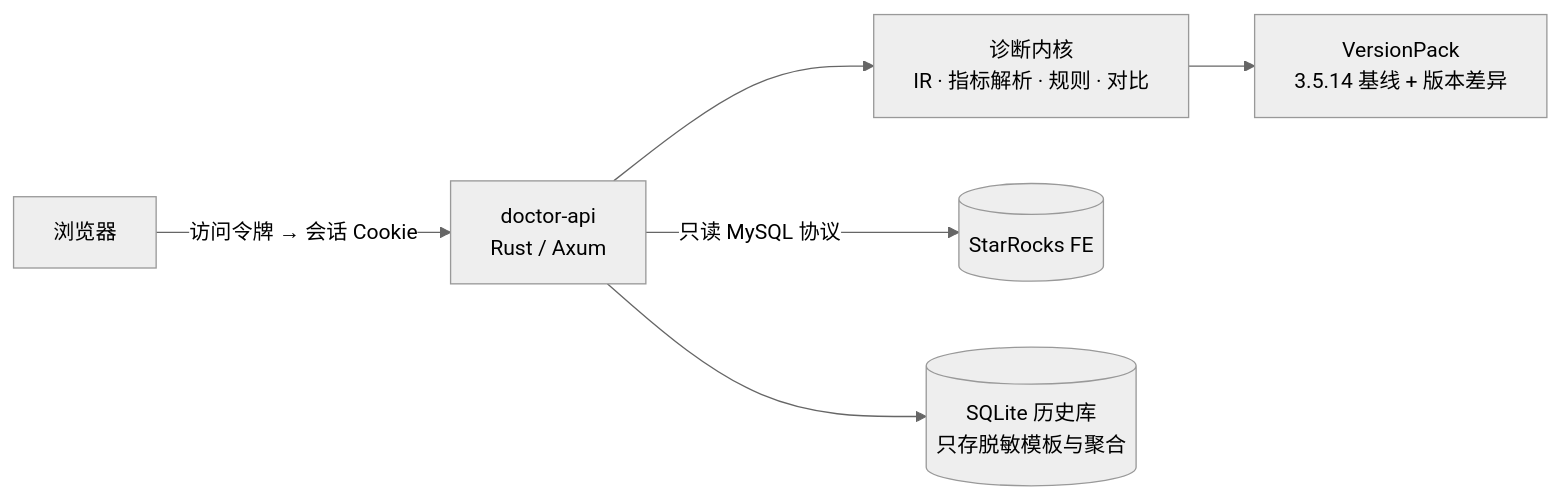
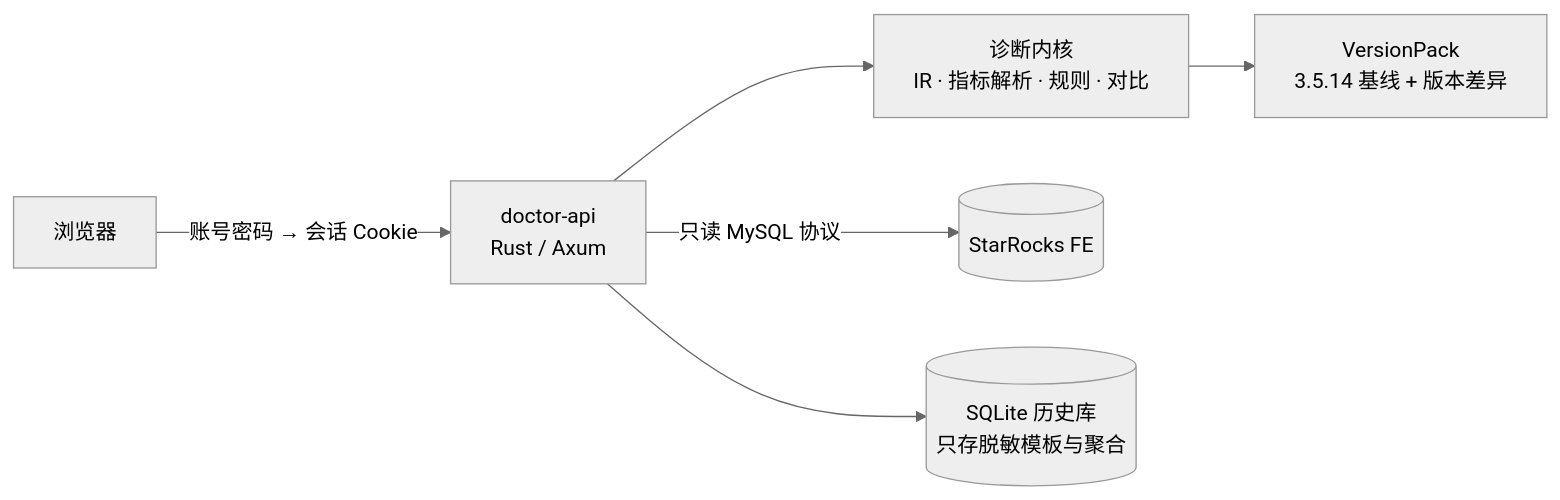
The diagram in README.md (shenhui027-arch/sr-doctor), drawn with Mermaid (neutral theme) before and after one commit. The commit also changed other lines of this file and 27 other files, not shown here.

````diff
--- a/README.md
+++ b/README.md
@@ -109,8 +108,8 @@
 ```mermaid
 flowchart LR
-    B[浏览器] -->|访问令牌 → 会话 Cookie| API[doctor-api<br>Rust / Axum]
+    B[浏览器] -->|账号密码 → 会话 Cookie| API[doctor-api<br>Rust / Axum]
     API --> CORE[诊断内核<br>IR · 指标解析 · 规则 · 对比]
     CORE --> VP[VersionPack<br>3.5.14 基线 + 版本差异]
     API -->|只读 MySQL 协议| SR[(StarRocks FE)]
     API --> H[(SQLite 历史库<br>只存脱敏模板与聚合)]
 ```
````
